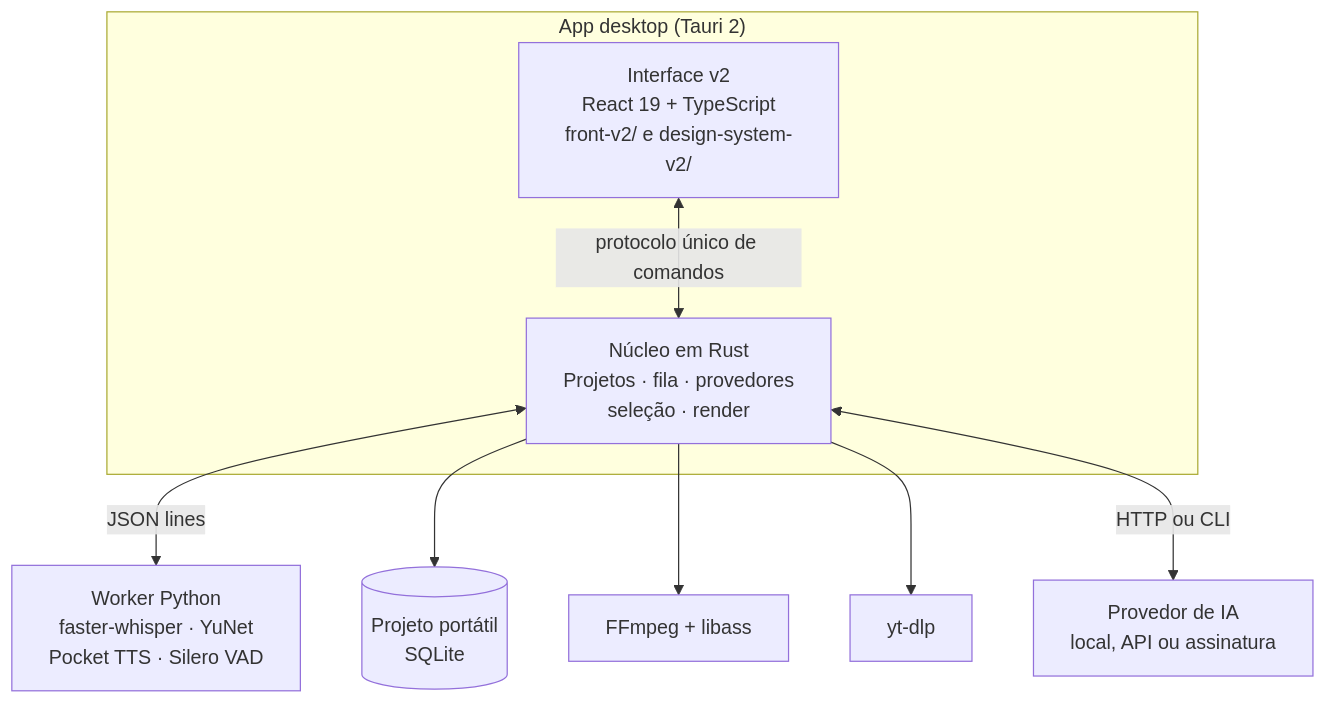
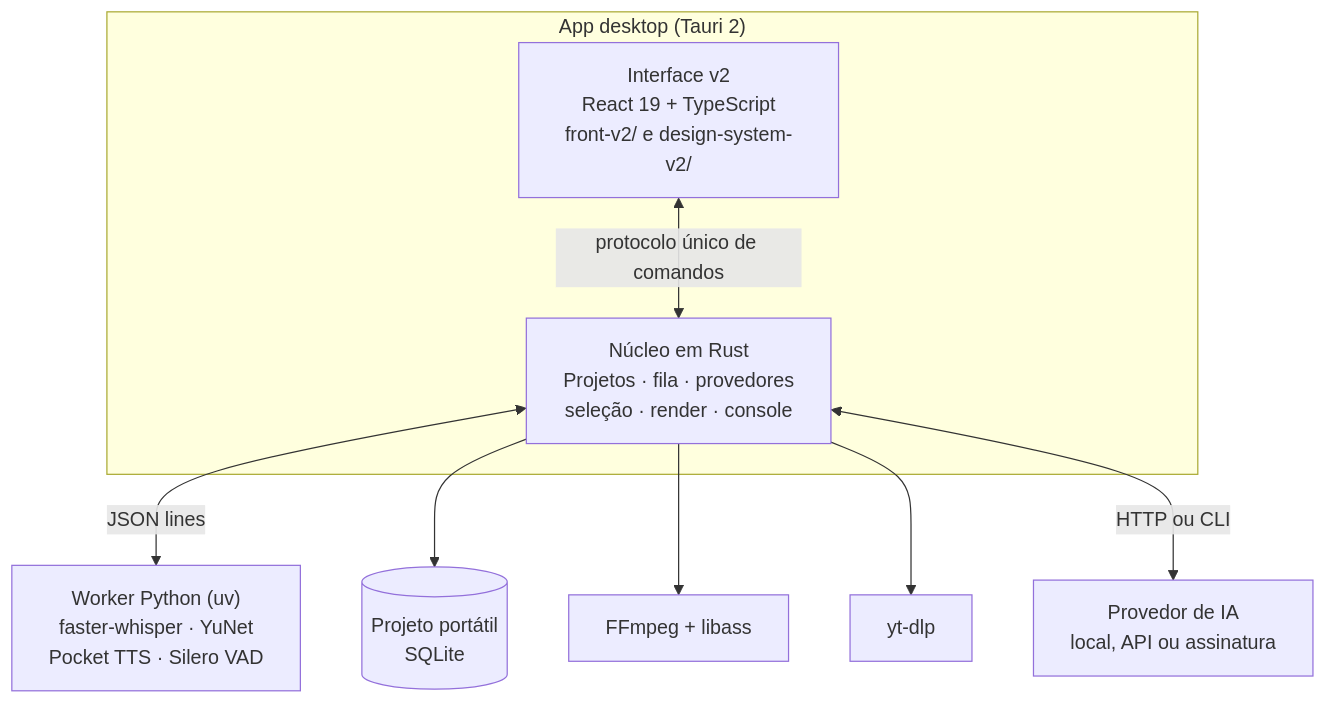
The second of 2 diagrams in README.md (GUSTAVOHOOO/clipes), drawn with Mermaid before and after one commit. The commit also changed other lines of this file and 2 other files, not shown here.

````diff
--- a/README.md
+++ b/README.md
@@ -275,13 +167,13 @@
 ```mermaid
 flowchart TB
     subgraph app["App desktop (Tauri 2)"]
         UI["Interface v2<br/>React 19 + TypeScript<br/>front-v2/ e design-system-v2/"]
-        CORE["Núcleo em Rust<br/>Projetos · fila · provedores<br/>seleção · render"]
+        CORE["Núcleo em Rust<br/>Projetos · fila · provedores<br/>seleção · render · console"]
         UI <-->|"protocolo único de comandos"| CORE
     end
-    CORE <-->|"JSON lines"| WK["Worker Python<br/>faster-whisper · YuNet<br/>Pocket TTS · Silero VAD"]
+    CORE <-->|"JSON lines"| WK["Worker Python (uv)<br/>faster-whisper · YuNet<br/>Pocket TTS · Silero VAD"]
     CORE --> DB[("Projeto portátil<br/>SQLite")]
     CORE --> FF["FFmpeg + libass"]
     CORE --> YT["yt-dlp"]
     CORE <-->|"HTTP ou CLI"| AI["Provedor de IA<br/>local, API ou assinatura"]
 ```
````
